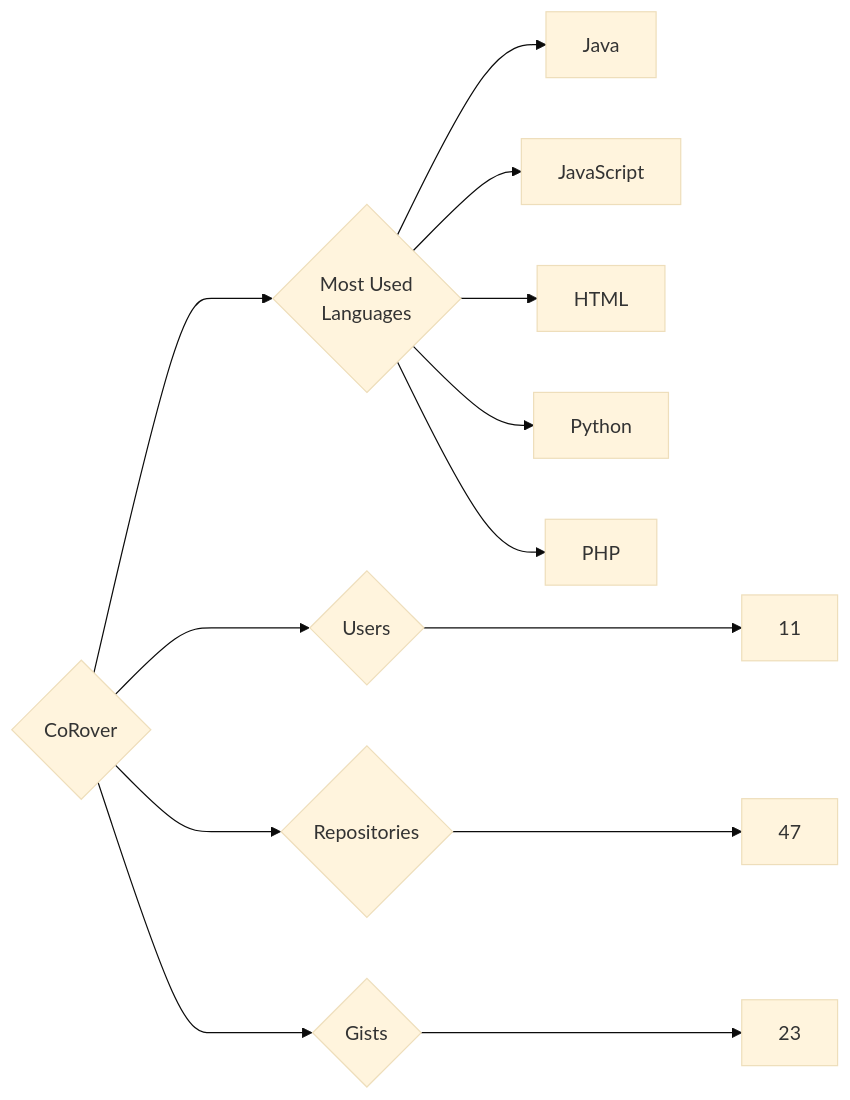
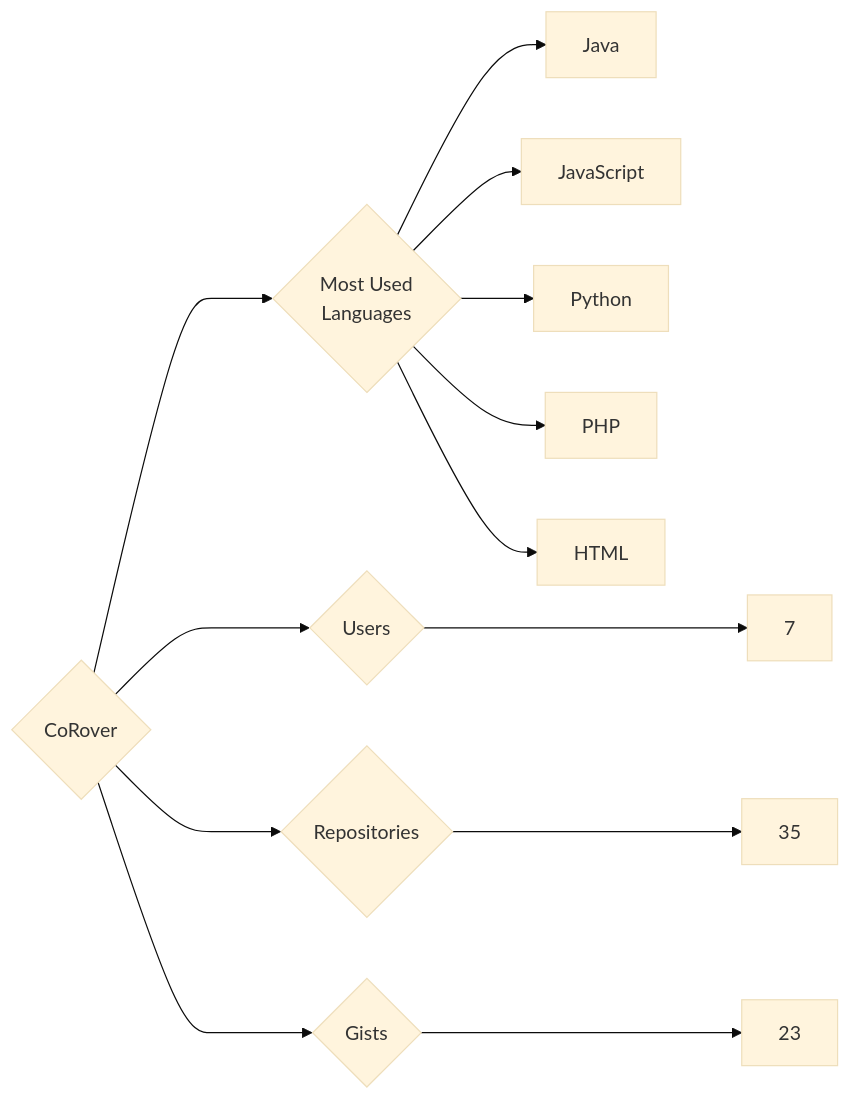
Before and after one commit to trickest/insiders: the diagram in targets/CoRover/README.md, drawn with Mermaid (base theme). The commit also changed 724 other files, not shown here.

````diff
--- a/targets/CoRover/README.md
+++ b/targets/CoRover/README.md
@@ -3,13 +3,13 @@
 ```mermaid
 graph LR
 COMPANY_NAME{CoRover}
-COMPANY_NAME ---> U{Users} ---> UN[11]
-COMPANY_NAME ---> R{Repositories} ---> RN[47]
+COMPANY_NAME ---> U{Users} ---> UN[7]
+COMPANY_NAME ---> R{Repositories} ---> RN[35]
 COMPANY_NAME ---> G{Gists} ---> GN[23]
 COMPANY_NAME ---> ML{Most Used<br>Languages}
 ML --> Java[Java]
 ML --> JavaScript[JavaScript]
-ML --> HTML[HTML]
 ML --> Python[Python]
 ML --> PHP[PHP]
+ML --> HTML[HTML]
 ```
````
